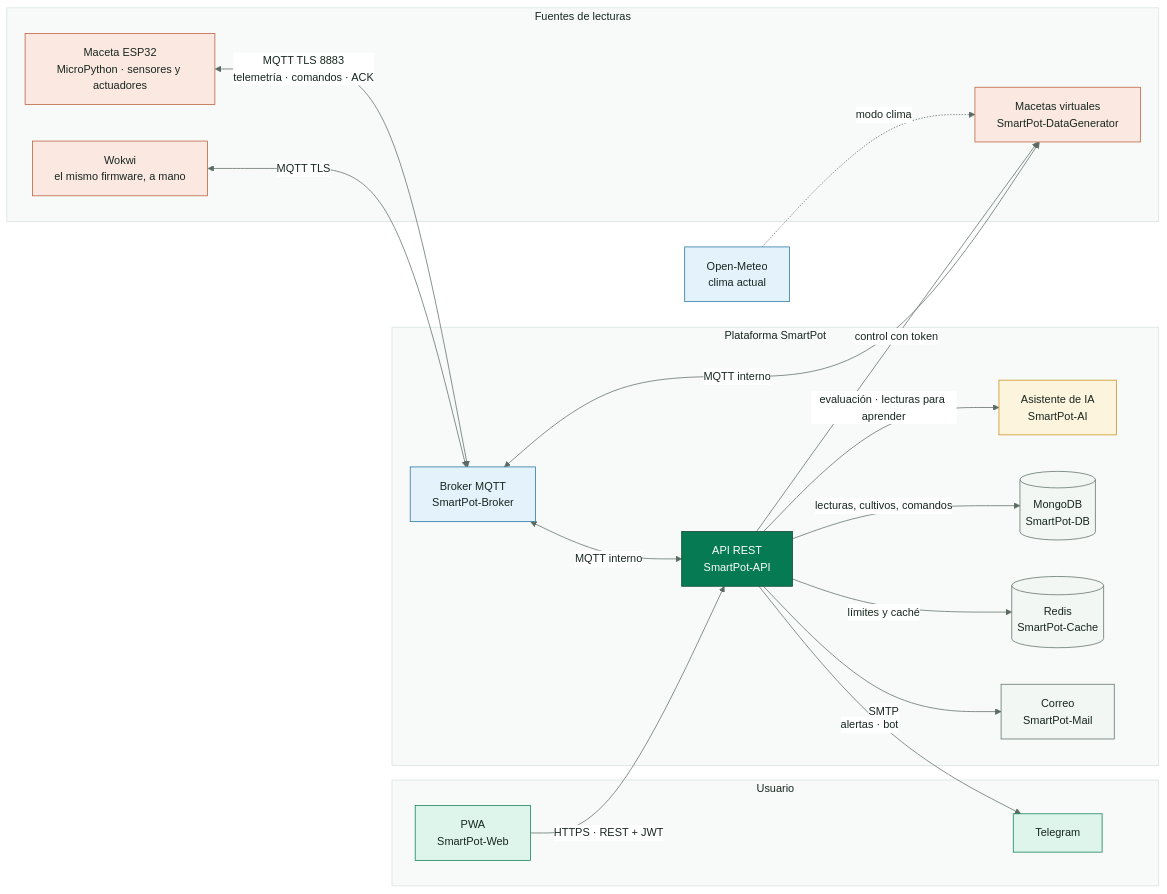
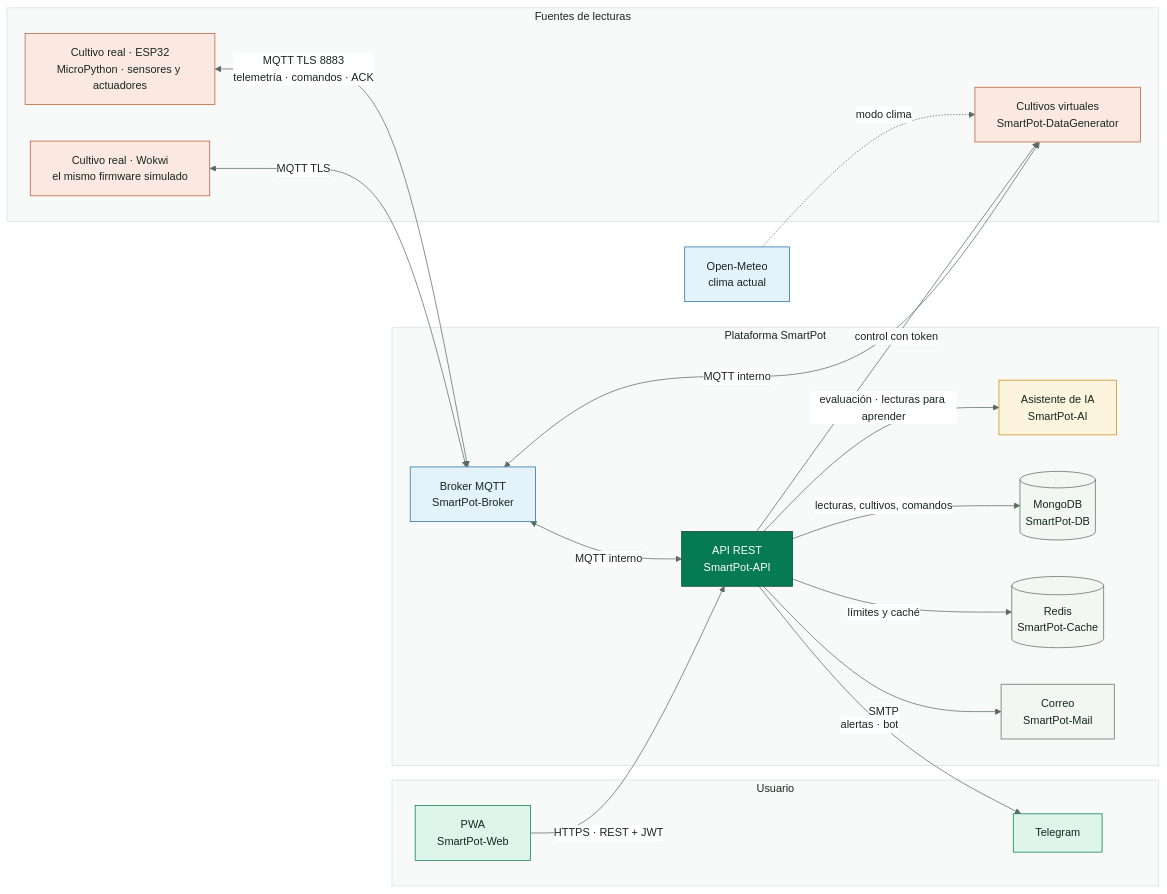
The diagram in docs/diagrams/SmartPot_01_Architecture.mmd (SmartPotTech/.github), drawn with Mermaid before and after one commit.

Commit message:
Show real and virtual crops in the architecture diagram

```diff
--- a/docs/diagrams/SmartPot_01_Architecture.mmd
+++ b/docs/diagrams/SmartPot_01_Architecture.mmd
@@ -1,44 +1,44 @@
 %%{init: {"theme": "base", "fontFamily": "Segoe UI, Arial, sans-serif", "themeVariables": {"fontFamily": "Segoe UI, Arial, sans-serif", "fontSize": "15px", "primaryColor": "#DDF5EA", "primaryTextColor": "#17261F", "primaryBorderColor": "#067A52", "secondaryColor": "#E3F2FB", "secondaryTextColor": "#17261F", "secondaryBorderColor": "#1F6FA0", "tertiaryColor": "#F2F7F4", "tertiaryTextColor": "#17261F", "tertiaryBorderColor": "#D5E3DC", "lineColor": "#5B6B63", "textColor": "#17261F", "mainBkg": "#DDF5EA", "nodeBorder": "#067A52", "clusterBkg": "#F7FAF8", "clusterBorder": "#D5E3DC", "edgeLabelBackground": "#FFFFFF", "actorBkg": "#067A52", "actorBorder": "#0B3D2B", "actorTextColor": "#FFFFFF", "actorLineColor": "#5B6B63", "signalColor": "#17261F", "signalTextColor": "#17261F", "labelBoxBkgColor": "#0B3D2B", "labelBoxBorderColor": "#0B3D2B", "labelTextColor": "#FFFFFF", "loopTextColor": "#0B3D2B", "noteBkgColor": "#FDF4DD", "noteBorderColor": "#C98D12", "noteTextColor": "#17261F", "activationBkgColor": "#DDF5EA", "activationBorderColor": "#067A52", "attributeBackgroundColorOdd": "#FFFFFF", "attributeBackgroundColorEven": "#F2F7F4"}}}%%
 flowchart LR
   subgraph campo["Fuentes de lecturas"]
-    maceta["Maceta ESP32<br/>MicroPython · sensores y actuadores"]
-    wokwi["Wokwi<br/>el mismo firmware, a mano"]
-    sim["Macetas virtuales<br/>SmartPot-DataGenerator"]
+    maceta["Cultivo real · ESP32<br/>MicroPython · sensores y actuadores"]
+    wokwi["Cultivo real · Wokwi<br/>el mismo firmware simulado"]
+    sim["Cultivos virtuales<br/>SmartPot-DataGenerator"]
   end
   subgraph usuario["Usuario"]
     pwa["PWA<br/>SmartPot-Web"]
     tg["Telegram"]
   end
   subgraph plataforma["Plataforma SmartPot"]
     broker["Broker MQTT<br/>SmartPot-Broker"]
     api["API REST<br/>SmartPot-API"]
     ai["Asistente de IA<br/>SmartPot-AI"]
     db[("MongoDB<br/>SmartPot-DB")]
     cache[("Redis<br/>SmartPot-Cache")]
     mail["Correo<br/>SmartPot-Mail"]
   end
   clima["Open-Meteo<br/>clima actual"]
   maceta <-->|"MQTT TLS 8883<br/>telemetría · comandos · ACK"| broker
   wokwi <-->|"MQTT TLS"| broker
   sim <-->|"MQTT interno"| broker
   clima -.->|"modo clima"| sim
   broker <-->|"MQTT interno"| api
   pwa -->|"HTTPS · REST + JWT"| api
   api -->|"control con token"| sim
   api -->|"evaluación · lecturas para aprender"| ai
   api -->|"lecturas, cultivos, comandos"| db
   api -->|"límites y caché"| cache
   api -->|"SMTP"| mail
   api -->|"alertas · bot"| tg
   classDef device fill:#FBE9E1,stroke:#B85A38,color:#17261F
   classDef edge fill:#E3F2FB,stroke:#1F6FA0,color:#17261F
   classDef core fill:#067A52,stroke:#0B3D2B,color:#FFFFFF
   classDef data fill:#F2F7F4,stroke:#5B6B63,color:#17261F
   classDef brain fill:#FDF4DD,stroke:#C98D12,color:#17261F
   classDef app fill:#DDF5EA,stroke:#067A52,color:#17261F
   class maceta,wokwi,sim device
   class broker,clima edge
   class api core
   class db,cache,mail data
   class ai brain
   class pwa,tg app
```
